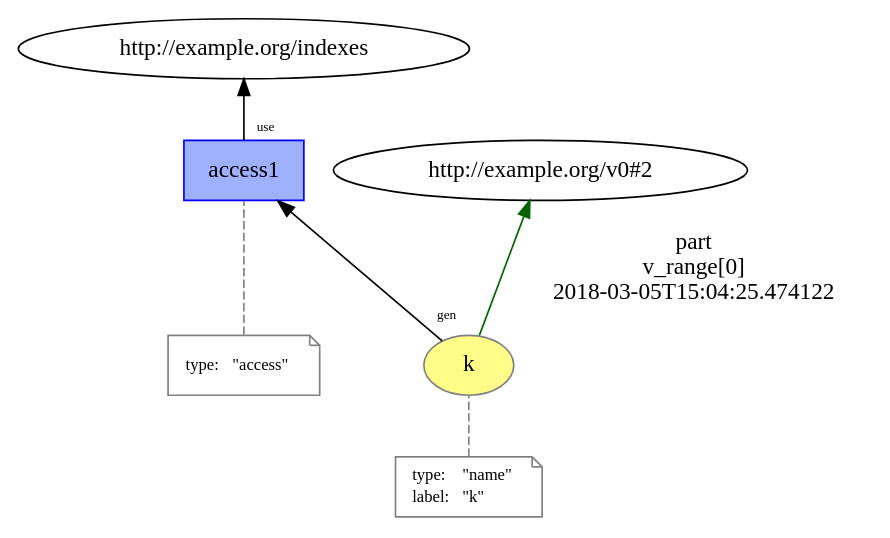
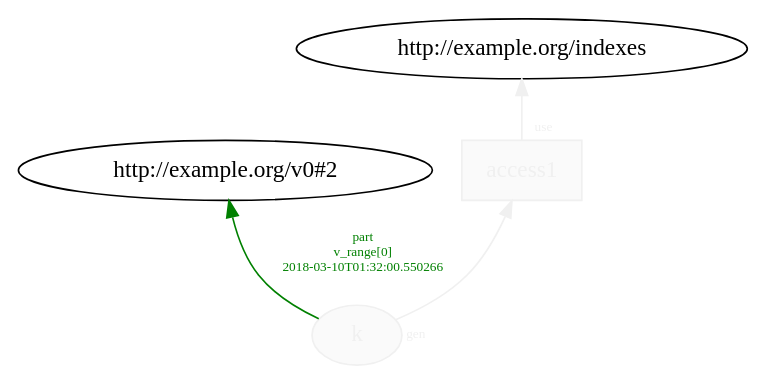
Before and after one commit to dew-uff/versioned-prov: the diagram in images/mutable_prov/temp/L9__loop_access.dot, drawn with Graphviz. The commit also changed 1625 other files, not shown here.

```diff
--- a/images/mutable_prov/temp/L9__loop_access.dot
+++ b/images/mutable_prov/temp/L9__loop_access.dot
@@ -1,27 +1,9 @@
 digraph "PROV" { size="16,12"; rankdir="BT";
-"http://example.org/k" [fillcolor="#FFFC87",color="#808080",style="filled",label="k",URL="http://example.org/k"]
-"-attrs0" [color="gray",shape="note",fontsize="10",fontcolor="black",label=<<TABLE cellpadding="0" border="0">
-	<TR>
-	    <TD align="left">type:</TD>
-	    <TD align="left">&quot;name&quot;</TD>
-	</TR>
-	<TR>
-	    <TD align="left">label:</TD>
-	    <TD align="left">&quot;k&quot;</TD>
-	</TR>
-</TABLE>>]
-"-attrs0" -> "http://example.org/k" [color="gray",style="dashed",arrowhead="none"]
-"http://example.org/k" -> "http://example.org/v0#2" [labelfontsize="8",labeldistance="1.5",color="darkgreen",labelangle="60.0",rotation="20",label="part
+"http://example.org/k" [fillcolor="#FAFAFA",color="#F0F0F0",style="filled",fontcolor="#F0F0F0",label="k",URL="http://example.org/k"]
+"http://example.org/k" -> "http://example.org/v0#2" [fontsize="8",distance="1.5",angle="60.0",rotation="20",label="part
 v_range[0]
-2018-03-05T15:04:25.474122"]
-"http://example.org/access1" [fillcolor="#9FB1FC",color="#0000FF",shape="polygon",sides="4",style="filled",label="access1",URL="http://example.org/access1"]
-"-attrs1" [color="gray",shape="note",fontsize="10",fontcolor="black",label=<<TABLE cellpadding="0" border="0">
-	<TR>
-	    <TD align="left">type:</TD>
-	    <TD align="left">&quot;access&quot;</TD>
-	</TR>
-</TABLE>>]
-"-attrs1" -> "http://example.org/access1" [color="gray",style="dashed",arrowhead="none"]
-"http://example.org/access1" -> "http://example.org/indexes" [labelfontsize="8",labeldistance="1.5",labelangle="60.0",rotation="20",taillabel="use"]
-"http://example.org/k" -> "http://example.org/access1" [labelfontsize="8",labeldistance="1.5",labelangle="60.0",rotation="20",taillabel="gen"]
+2018-03-10T01:32:00.550266",fontcolor="green",color="green"]
+"http://example.org/access1" [fillcolor="#FAFAFA",color="#F0F0F0",shape="polygon",sides="4",style="filled",fontcolor="#F0F0F0",label="access1",URL="http://example.org/access1"]
+"http://example.org/access1" -> "http://example.org/indexes" [labelfontsize="8",labeldistance="1.5",labelangle="60.0",rotation="20",taillabel="use",fontcolor="#F0F0F0",color="#F0F0F0"]
+"http://example.org/k" -> "http://example.org/access1" [labelfontsize="8",labeldistance="1.5",labelangle="60.0",rotation="20",taillabel="gen",fontcolor="#F0F0F0",color="#F0F0F0"]
 }
```
